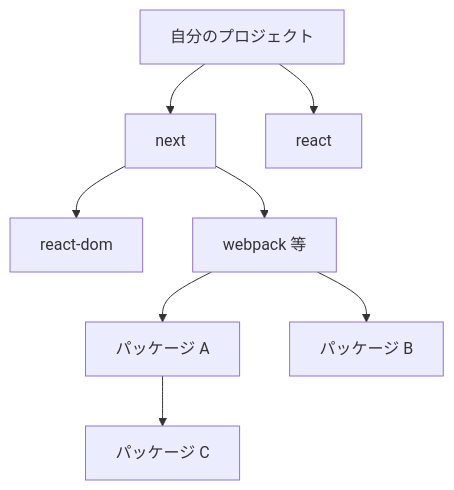
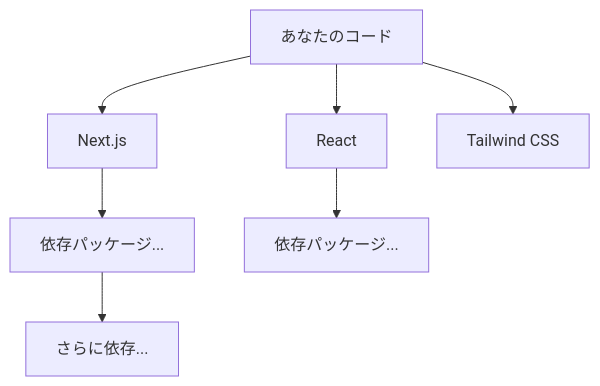
One commit to ozaki25/web-front-training-ozaki25 changed the diagram in docs/drafts/001/index.md. Above: the diagram before and after it, drawn with Mermaid. The commit also changed other lines of this file, not shown here.

````diff
--- a/docs/drafts/001/index.md
+++ b/docs/drafts/001/index.md
@@ -134,11 +15,10 @@
 ```mermaid
 flowchart TB
-  App["自分のプロジェクト"]
-  App --> Next["next"]
-  App --> React["react"]
-  Next --> ReactDom["react-dom"]
-  Next --> Webpack["webpack 等"]
-  Webpack --> A["パッケージ A"]
-  Webpack --> B["パッケージ B"]
-  A --> C["パッケージ C"]
+  App["あなたのコード"]
+  App --> Next["Next.js"]
+  App --> React["React"]
+  App --> TW["Tailwind CSS"]
+  Next --> A["依存パッケージ..."]
+  React --> B["依存パッケージ..."]
+  A --> C["さらに依存..."]
 ```
````
